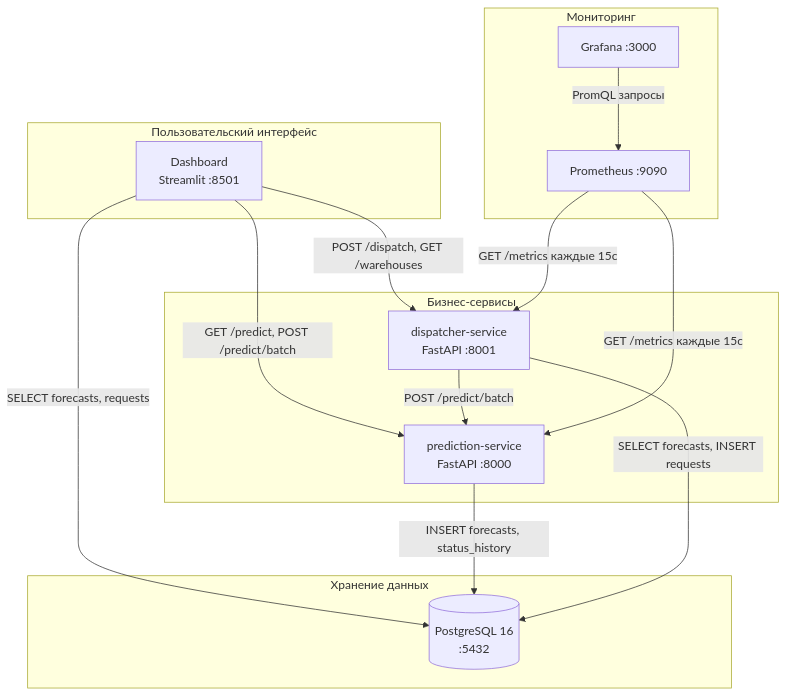
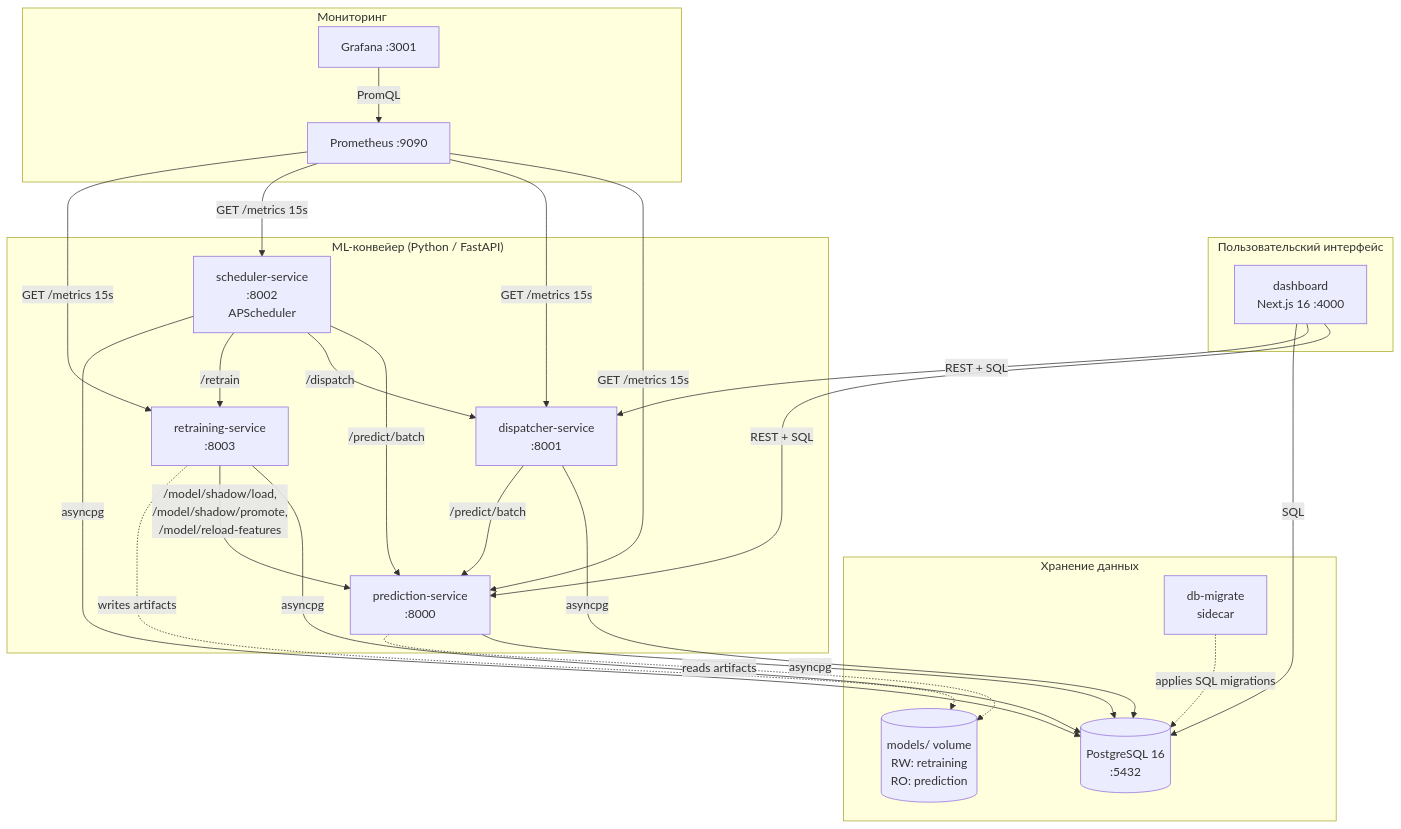
The first of 2 diagrams in docs/architecture.md (kxddry/WildHack), drawn with Mermaid before and after one commit. The commit also changed other lines of this file and 4 other files, not shown here.

First line of the commit message:
docs: refresh README and docs/ for four-service MLOps architecture

````diff
--- a/docs/architecture.md
+++ b/docs/architecture.md
@@ -9,32 +9,50 @@
 ```mermaid
 graph TB
     subgraph "Пользовательский интерфейс"
-        DASH[Dashboard<br/>Streamlit :8501]
+        DASH[dashboard<br/>Next.js 16 :4000]
     end
 
-    subgraph "Бизнес-сервисы"
-        PRED[prediction-service<br/>FastAPI :8000]
-        DISP[dispatcher-service<br/>FastAPI :8001]
+    subgraph "ML-конвейер (Python / FastAPI)"
+        PRED[prediction-service<br/>:8000]
+        DISP[dispatcher-service<br/>:8001]
+        SCHED[scheduler-service<br/>:8002<br/>APScheduler]
+        RETR[retraining-service<br/>:8003]
     end
 
     subgraph "Хранение данных"
         PG[(PostgreSQL 16<br/>:5432)]
+        MIG[db-migrate<br/>sidecar]
+        MODELS[(models/ volume<br/>RW: retraining<br/>RO: prediction)]
     end
 
     subgraph "Мониторинг"
         PROM[Prometheus :9090]
-        GRAF[Grafana :3000]
+        GRAF[Grafana :3001]
     end
 
-    DASH -->|GET /predict, POST /predict/batch| PRED
-    DASH -->|POST /dispatch, GET /warehouses| DISP
-    DASH -->|SELECT forecasts, requests| PG
+    DASH -->|REST + SQL| PRED
+    DASH -->|REST + SQL| DISP
+    DASH -->|SQL| PG
 
-    PRED -->|INSERT forecasts, status_history| PG
-    DISP -->|SELECT forecasts, INSERT requests| PG
-    DISP -->|POST /predict/batch| PRED
+    PRED -->|asyncpg| PG
+    DISP -->|asyncpg| PG
+    DISP -->|/predict/batch| PRED
 
-    PROM -->|GET /metrics каждые 15с| PRED
-    PROM -->|GET /metrics каждые 15с| DISP
-    GRAF -->|PromQL запросы| PROM
+    SCHED -->|/predict/batch| PRED
+    SCHED -->|/dispatch| DISP
+    SCHED -->|/retrain| RETR
+    SCHED -->|asyncpg| PG
+
+    RETR -->|asyncpg| PG
+    RETR -->|/model/shadow/load,<br/>/model/shadow/promote,<br/>/model/reload-features| PRED
+    RETR -.writes artifacts.-> MODELS
+    PRED -.reads artifacts.-> MODELS
+
+    MIG -.applies SQL migrations.-> PG
+
+    PROM -->|GET /metrics 15s| PRED
+    PROM -->|GET /metrics 15s| DISP
+    PROM -->|GET /metrics 15s| SCHED
+    PROM -->|GET /metrics 15s| RETR
+    GRAF -->|PromQL| PROM
 ```
````
